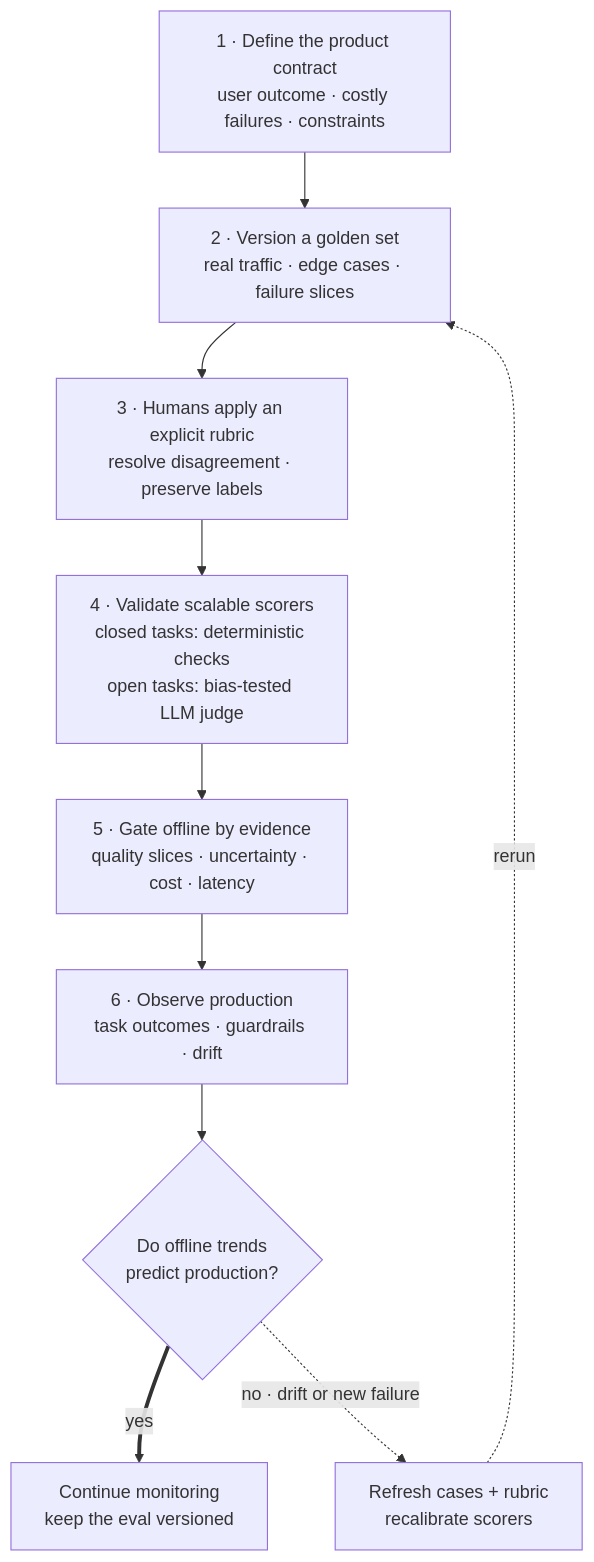
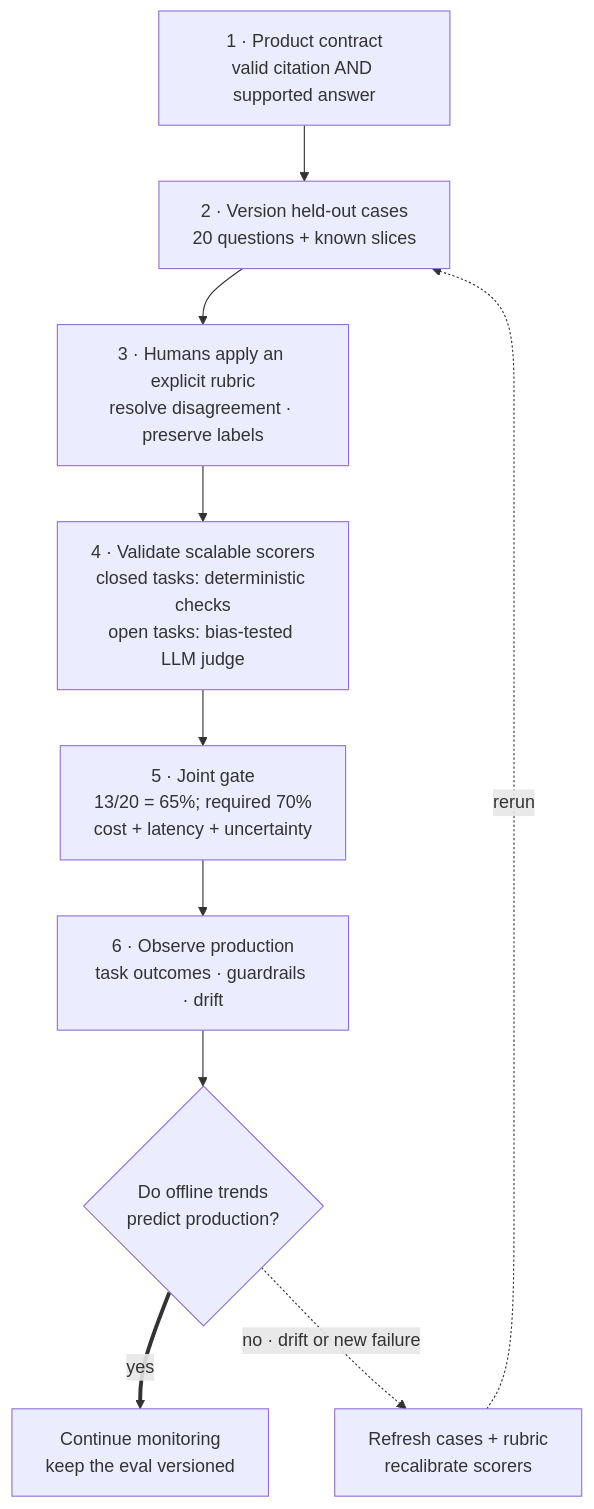
Before and after one commit to mlmentorship/mlmentorship.github.io: the diagram in src/content/posts/2026-01-10-how-would-you-evaluate-an-llm-application.md, drawn with Mermaid. The commit also changed other lines of this file and 258 other files, not shown here.

First line of the commit message:
Implement pattern-first learning across 162 lessons

````diff
--- a/src/content/posts/2026-01-10-how-would-you-evaluate-an-llm-application.md
+++ b/src/content/posts/2026-01-10-how-would-you-evaluate-an-llm-application.md
@@ -19,20 +29,20 @@
 ```mermaid
 flowchart TB
 	accTitle: LLM application evaluation as a human-grounded calibration loop
-	accDescr: First define the user outcome, unacceptable failures, and operating constraints. Build a versioned golden set from representative production traffic and known failure slices, then have humans apply an explicit rubric. Use those judgments to validate deterministic checks for closed tasks and a bias-tested LLM judge for open tasks. Run offline release evaluation across quality slices, uncertainty, cost, and latency. In production, observe task outcomes, guardrails, and drift. If offline trends predict production outcomes, continue monitoring. If they diverge or new failures appear, update the golden set and rubric, recalibrate the scorers, and rerun the loop.
-	A["1 · Define the product contract<br/>user outcome · costly failures · constraints"] --> B["2 · Version a golden set<br/>real traffic · edge cases · failure slices"]
+	accDescr: The hypothetical fixture contains 20 held-out questions. Eighteen answers have valid citation IDs, fourteen have human-reviewed semantic support and thirteen pass both requirements. The joint observed score is 65 percent, below its predeclared 70 percent floor. Humans validate the rubric and scalable scorers. Cost, latency, uncertainty and consequential slices remain separate report fields. Production task outcomes test whether offline results predict useful behavior; failures trigger new development cases and independent confirmation, not silent reuse of the same final set.
+	A["1 · Product contract<br/>valid citation AND supported answer"] --> B["2 · Version held-out cases<br/>20 questions + known slices"]
 	B --> C["3 · Humans apply an explicit rubric<br/>resolve disagreement · preserve labels"]
 	C --> D["4 · Validate scalable scorers<br/>closed tasks: deterministic checks<br/>open tasks: bias-tested LLM judge"]
-	D --> E["5 · Gate offline by evidence<br/>quality slices · uncertainty · cost · latency"]
+	D --> E["5 · Joint gate<br/>13/20 = 65%; required 70%<br/>cost + latency + uncertainty"]
 	E --> F["6 · Observe production<br/>task outcomes · guardrails · drift"]
 	F --> G{"Do offline trends<br/>predict production?"}
 	G ==>|"yes"| H["Continue monitoring<br/>keep the eval versioned"]
 	G -. "no · drift or new failure" .-> I["Refresh cases + rubric<br/>recalibrate scorers"]
 	I -. "rerun" .-> B
 	class A,B viz-input
 	class C,D viz-focus
 	class E viz-state
 	class F,H viz-output
 	class G,I viz-warning
 	class A viz-tall
 ```
````
